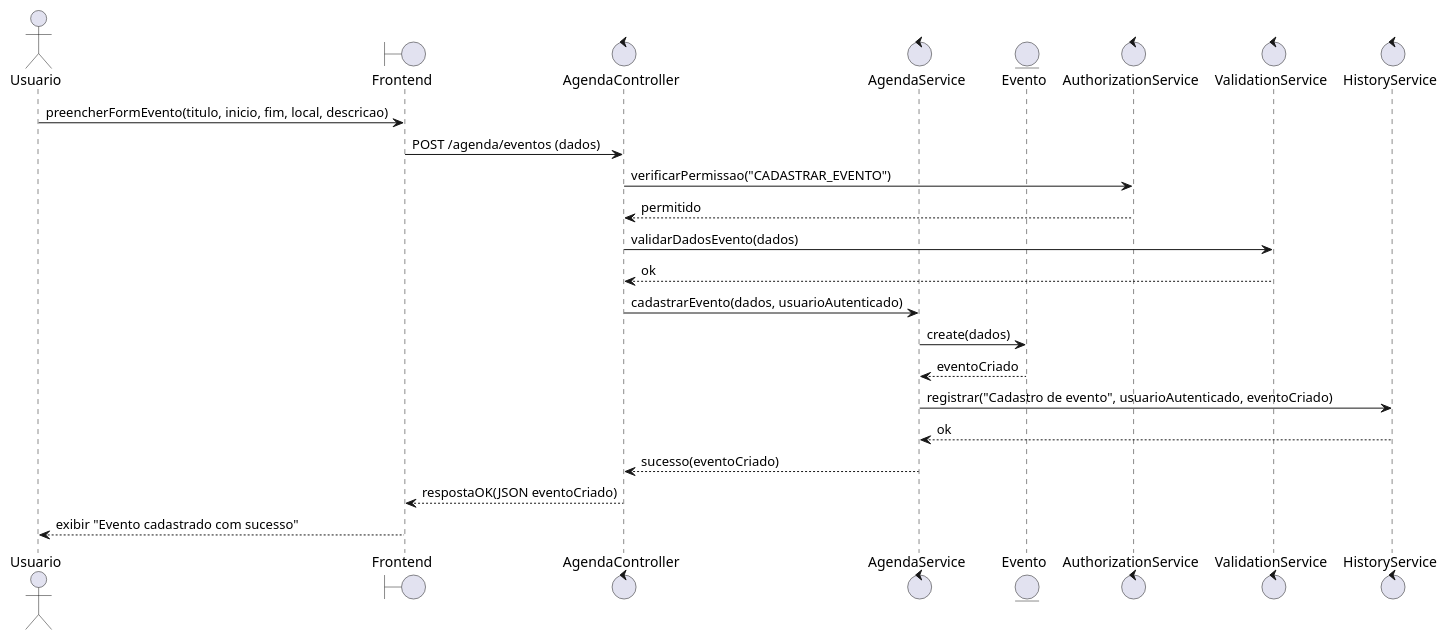
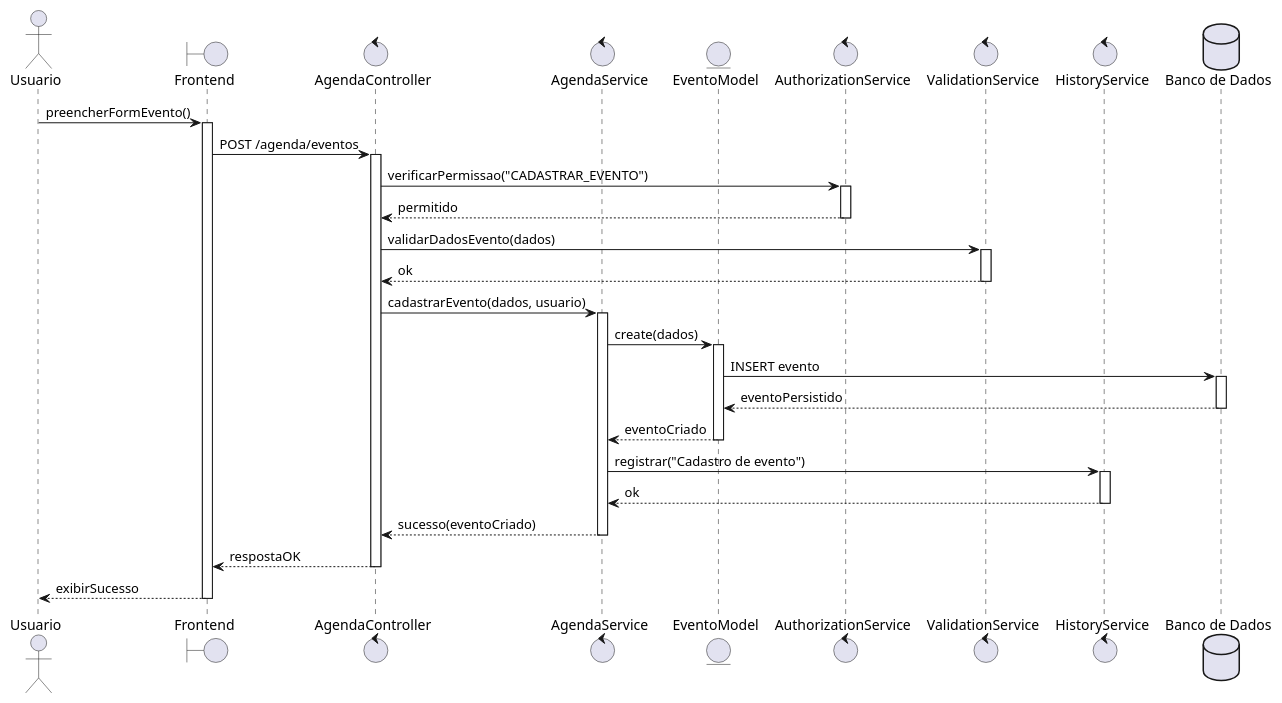
The diagram in Artefatos/Sequencia/cad_eve.puml (ICEI-PUC-Minas-PPLES-TI/plf-es-2025-2-tcci-0393100-dev-bernardo-biondini), drawn with PlantUML before and after one commit. The commit also changed 165 other files, not shown here.

Commit message:
Adequações dos diagramas de Sequencia e Comunicação as exigências da banca

```diff
--- a/Artefatos/Sequencia/cad_eve.puml
+++ b/Artefatos/Sequencia/cad_eve.puml
@@ -1,33 +1,45 @@
 @startuml
 actor Usuario
 
 boundary Frontend as FE
 control AgendaController as C
 control AgendaService as S
-entity Evento as M
+entity EventoModel as M
 control AuthorizationService as AuthZ
 control ValidationService as Val
 control HistoryService as Hist
+database "Banco de Dados" as DB
 
-Usuario -> FE : preencherFormEvento(titulo, inicio, fim, local, descricao)
-FE -> C : POST /agenda/eventos (dados)
-
+Usuario -> FE : preencherFormEvento()
+activate FE
+FE -> C : POST /agenda/eventos
+activate C
 C -> AuthZ : verificarPermissao("CADASTRAR_EVENTO")
+activate AuthZ
 AuthZ --> C : permitido
-
+deactivate AuthZ
 C -> Val : validarDadosEvento(dados)
+activate Val
 Val --> C : ok
-
-C -> S : cadastrarEvento(dados, usuarioAutenticado)
-
+deactivate Val
+C -> S : cadastrarEvento(dados, usuario)
+activate S
 S -> M : create(dados)
+activate M
+M -> DB : INSERT evento
+activate DB
+DB --> M : eventoPersistido
+deactivate DB
 M --> S : eventoCriado
-
-S -> Hist : registrar("Cadastro de evento", usuarioAutenticado, eventoCriado)
+deactivate M
+S -> Hist : registrar("Cadastro de evento")
+activate Hist
 Hist --> S : ok
-
+deactivate Hist
 S --> C : sucesso(eventoCriado)
-C --> FE : respostaOK(JSON eventoCriado)
-FE --> Usuario : exibir "Evento cadastrado com sucesso"
-
+deactivate S
+C --> FE : respostaOK
+deactivate C
+FE --> Usuario : exibirSucesso
+deactivate FE
 @enduml
```
